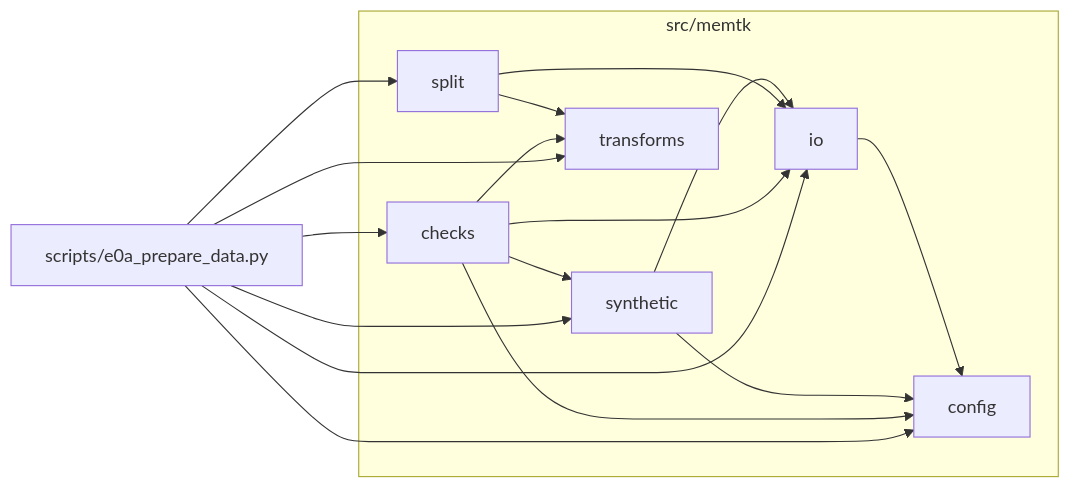
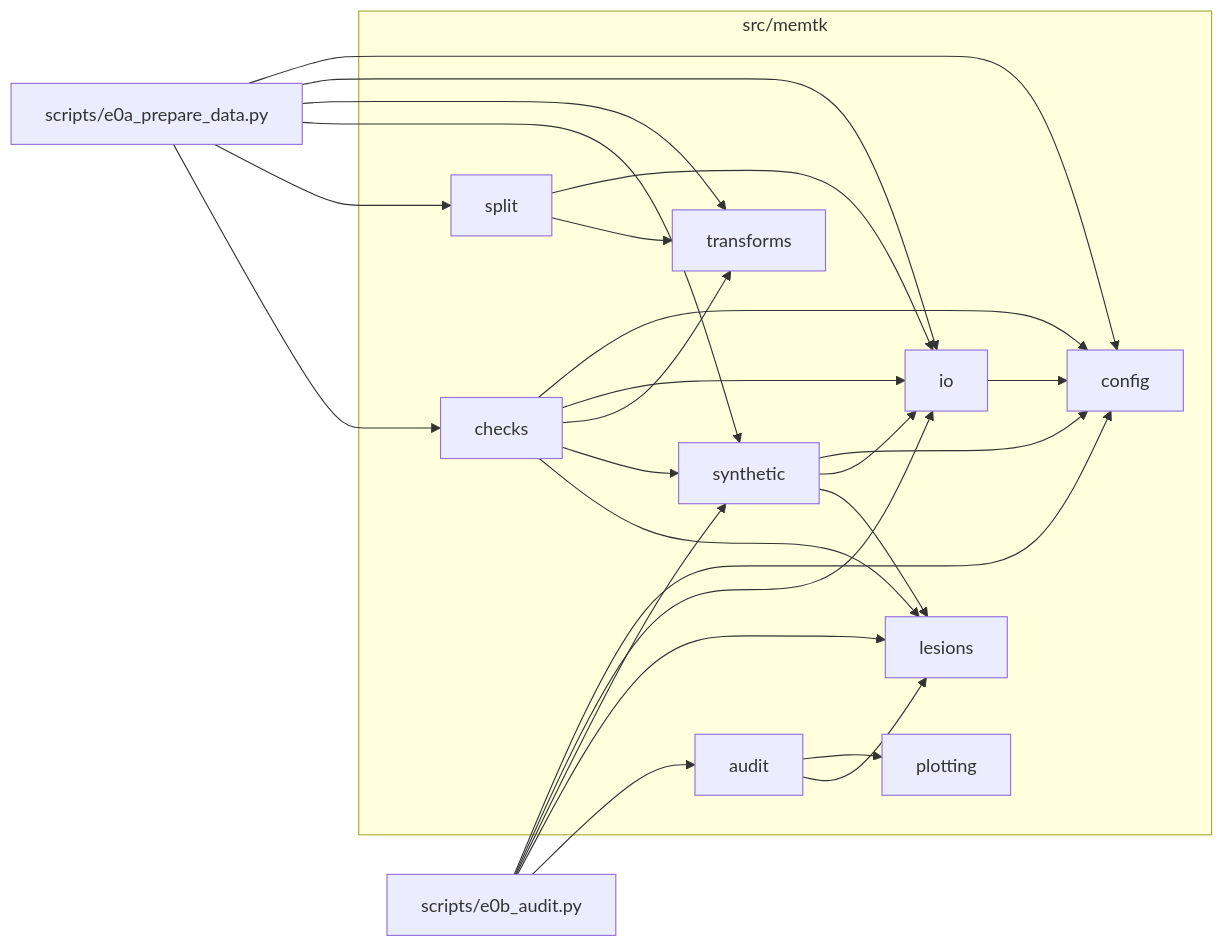
One commit to mattia3003/MT_project changed the second of 2 diagrams in docs/architecture.md. Above: the diagram before and after it, drawn with Mermaid. The commit also changed other lines of this file and 20 other files, not shown here.

````diff
--- a/docs/architecture.md
+++ b/docs/architecture.md
@@ -89,19 +111,25 @@
 ```mermaid
 flowchart LR
     S_E0A["scripts/e0a_prepare_data.py"]
+    S_E0B["scripts/e0b_audit.py"]
 
     subgraph MEMTK["src/memtk"]
         M_CHECKS["checks"]
+        M_AUDIT["audit"]
         M_SPLIT["split"]
         M_SYN["synthetic"]
+        M_PLOT["plotting"]
+        M_LESIONS["lesions"]
         M_TRANSFORMS["transforms"]
         M_IO["io"]
         M_CONFIG["config"]
     end
 
     S_E0A --> M_CHECKS & M_SPLIT & M_SYN & M_TRANSFORMS & M_IO & M_CONFIG
-    M_CHECKS --> M_SYN & M_TRANSFORMS & M_IO & M_CONFIG
+    S_E0B --> M_AUDIT & M_LESIONS & M_SYN & M_IO & M_CONFIG
+    M_CHECKS --> M_LESIONS & M_SYN & M_TRANSFORMS & M_IO & M_CONFIG
+    M_AUDIT --> M_LESIONS & M_PLOT
     M_SPLIT --> M_TRANSFORMS & M_IO
-    M_SYN --> M_IO & M_CONFIG
+    M_SYN --> M_LESIONS & M_IO & M_CONFIG
     M_IO --> M_CONFIG
 ```
````
